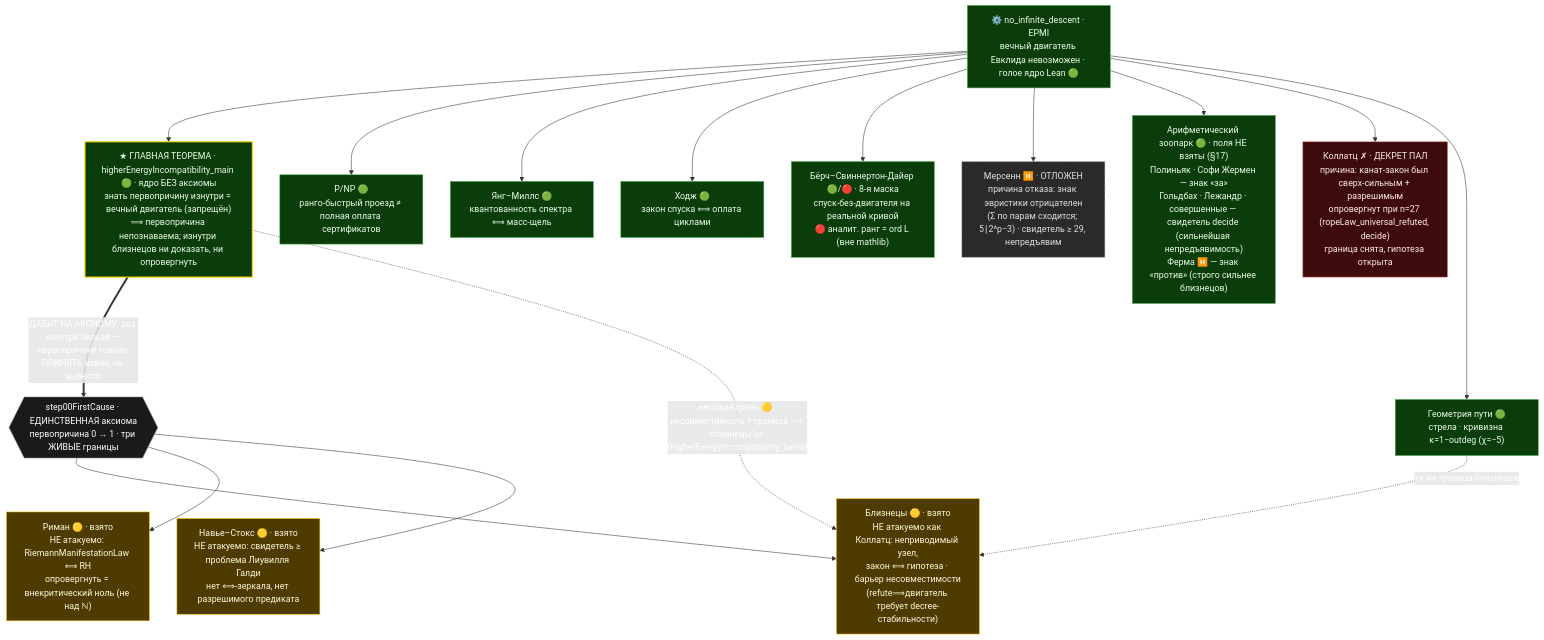
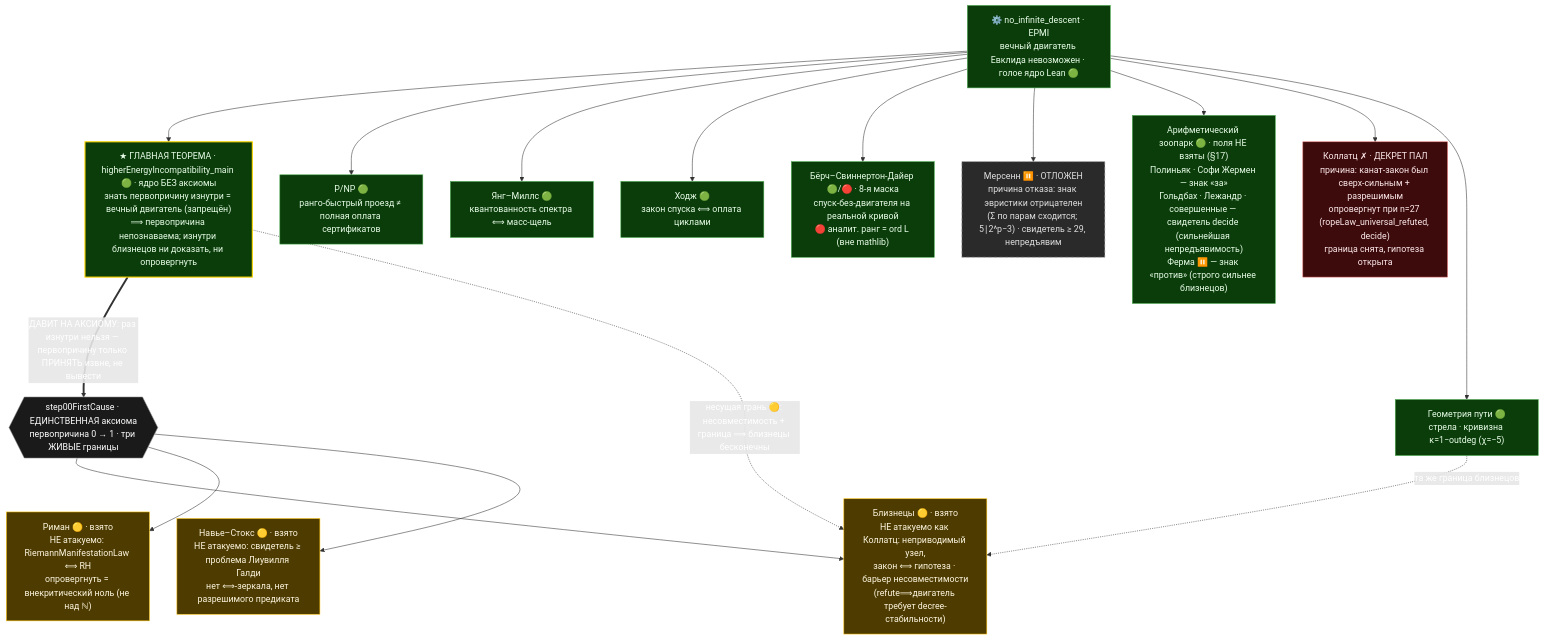
One commit to elamaunt/Euclids-path changed the diagram in README.ru.md. Above: the diagram before and after it, drawn with Mermaid. The commit also changed 10 other files, not shown here.

Commit message:
Add the navigator-map graph everywhere: live mermaid in Overview (site), rendered sideways figure in the paper §1 (rebuilt 59pp/56pp), shorter load-bearing edge label

````diff
--- a/README.ru.md
+++ b/README.ru.md
@@ -76,38 +76,38 @@
 ```mermaid
 flowchart TD
     ROOT["⚙️ no_infinite_descent · EPMI<br/>вечный двигатель Евклида невозможен · голое ядро Lean 🟢"]
 
     ROOT --> MT["★ ГЛАВНАЯ ТЕОРЕМА · higherEnergyIncompatibility_main 🟢 · ядро БЕЗ аксиомы<br/>знать первопричину изнутри = вечный двигатель (запрещён)<br/>⟹ первопричина непознаваема; изнутри близнецов ни доказать, ни опровергнуть"]
     MT ==>|"ДАВИТ НА АКСИОМУ: раз изнутри нельзя — первопричину только ПРИНЯТЬ извне, не вывести"| FC{{"step00FirstCause · ЕДИНСТВЕННАЯ аксиома<br/>первопричина 0 → 1 · три ЖИВЫЕ границы"}}
 
     FC --> TP["Близнецы 🟡 · взято<br/>НЕ атакуемо как Коллатц: неприводимый узел,<br/>закон ⟺ гипотеза · барьер несовместимости<br/>(refute⟹двигатель требует decree-стабильности)"]
     FC --> RH["Риман 🟡 · взято<br/>НЕ атакуемо: RiemannManifestationLaw ⟺ RH<br/>опровергнуть = внекритический ноль (не над ℕ)"]
     FC --> NS["Навье–Стокс 🟡 · взято<br/>НЕ атакуемо: свидетель ≥ проблема Лиувилля Галди<br/>нет ⟺-зеркала, нет разрешимого предиката"]
-    MT -.->|"несущая грань 🟡: несовместимость + граница ⟹ близнецы ∞ (higherEnergyIncompatibility_twins)"| TP
+    MT -.->|"несущая грань 🟡: несовместимость + граница ⟹ близнецы бесконечны"| TP
 
     ROOT --> PNP["P/NP 🟢<br/>ранго-быстрый проезд ≠ полная оплата сертификатов"]
     ROOT --> YM["Янг–Миллс 🟢<br/>квантованность спектра ⟺ масс-щель"]
     ROOT --> HC["Ходж 🟢<br/>закон спуска ⟺ оплата циклами"]
     ROOT --> BSD["Бёрч–Свиннертон-Дайер 🟢/🔴 · 8-я маска<br/>спуск-без-двигателя на реальной кривой<br/>🔴 аналит. ранг = ord L (вне mathlib)"]
 
     ROOT --> MP["Мерсенн ⏸️ · ОТЛОЖЕН<br/>причина отказа: знак эвристики отрицателен<br/>(Σ по парам сходится; 5∣2^p−3) · свидетель ≥ 29, непредъявим"]
     ROOT --> ZOO["Арифметический зоопарк 🟢 · поля НЕ взяты (§17)<br/>Полиньяк · Софи Жермен — знак «за»<br/>Гольдбах · Лежандр · совершенные — свидетель decide (сильнейшая непредъявимость)<br/>Ферма ⏸️ — знак «против» (строго сильнее близнецов)"]
 
     ROOT --> CL["Коллатц ✗ · ДЕКРЕТ ПАЛ<br/>причина: канат-закон был сверх-сильным + разрешимым<br/>опровергнут при n=27 (ropeLaw_universal_refuted, decide)<br/>граница снята, гипотеза открыта"]
 
     ROOT --> GEO["Геометрия пути 🟢<br/>стрела · кривизна κ=1−outdeg (χ=−5)"]
     GEO -. та же граница близнецов .-> TP
 
     classDef green fill:#0b3d0b,stroke:#4caf50,color:#eaffea;
     classDef apex fill:#0b3d0b,stroke:#ffd700,stroke-width:2px,color:#eaffea;
     classDef yellow fill:#4d3b00,stroke:#ffc107,color:#fff8e1;
     classDef deferred fill:#2a2a2a,stroke:#9e9e9e,color:#e0e0e0,stroke-dasharray: 6 4;
     classDef fallen fill:#3d0b0b,stroke:#e57373,color:#ffebee;
     classDef root fill:#1a1a1a,stroke:#888,color:#ffffff;
     class ROOT,PNP,YM,HC,BSD,ZOO,GEO green;
     class MT apex;
     class TP,RH,NS yellow;
     class MP deferred;
     class CL fallen;
     class FC root;
 ```
````
